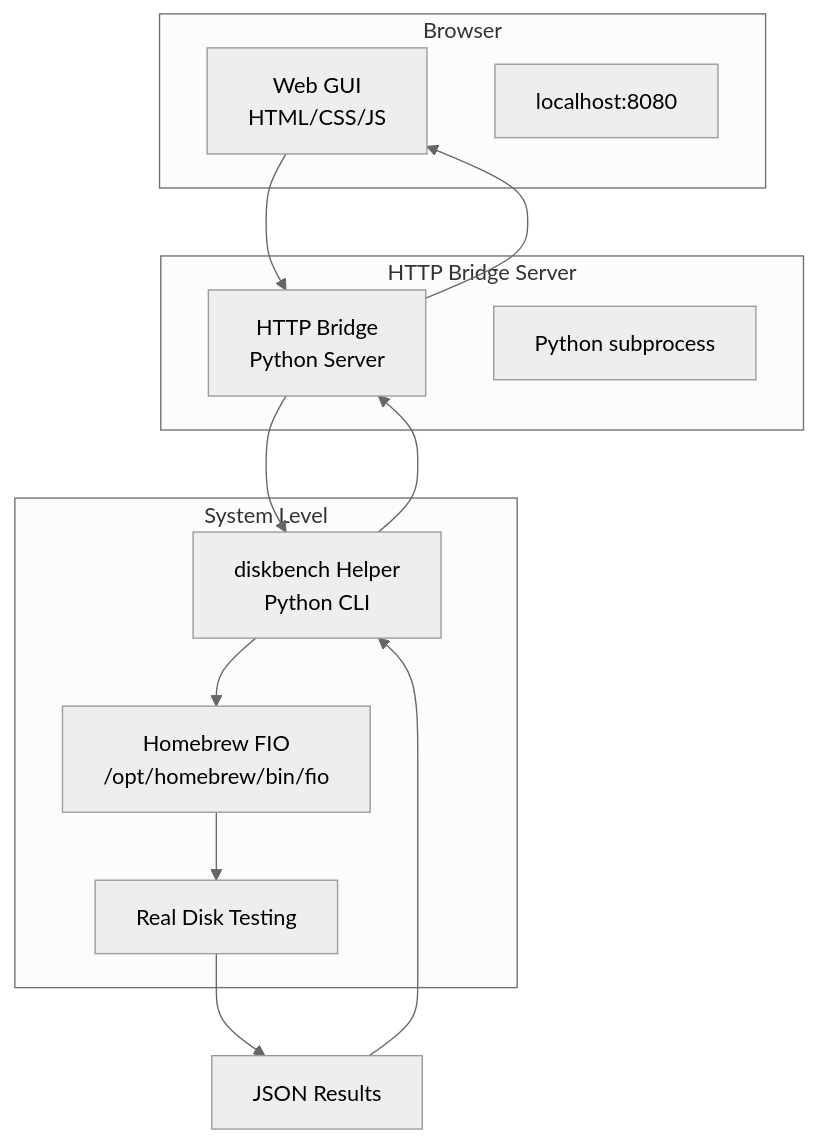
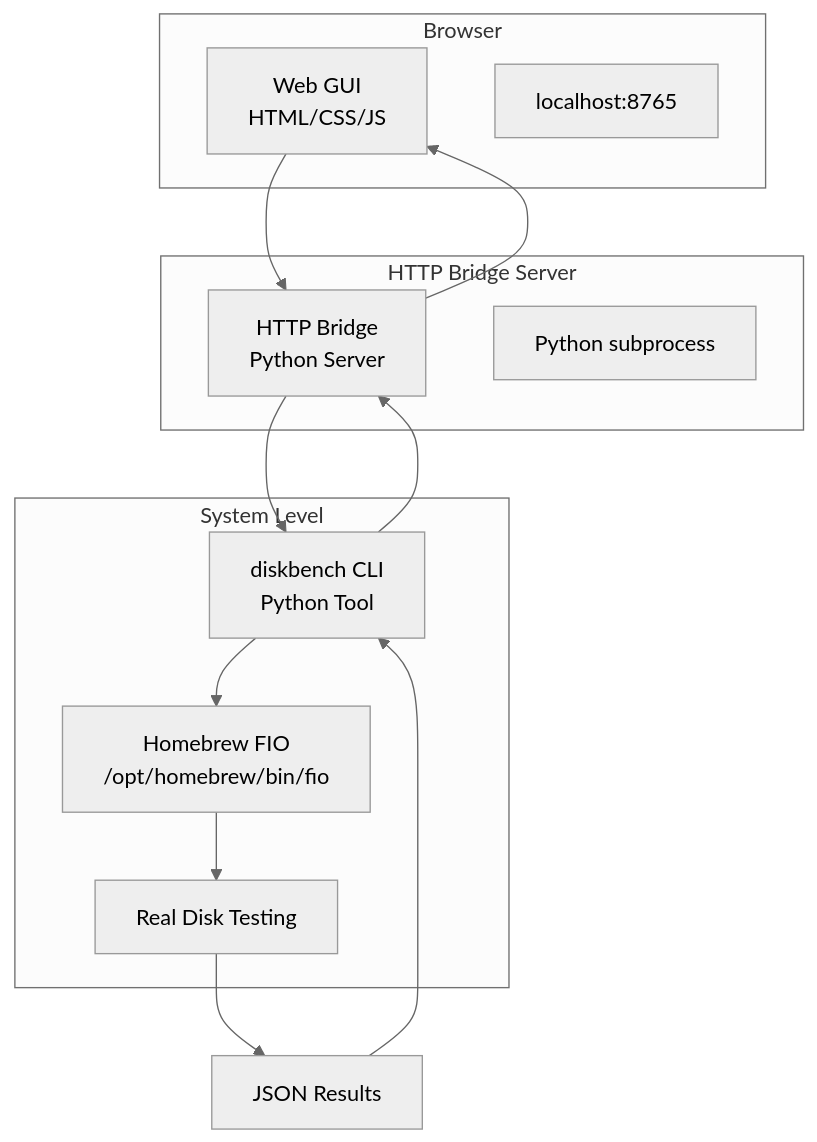
The diagram in memory-bank/techContext.md (christophvarga/2025__tool-util-local__disk-speed-tests), drawn with Mermaid (neutral theme) before and after one commit. The commit also changed other lines of this file and 441 other files, not shown here.

````diff
--- a/memory-bank/techContext.md
+++ b/memory-bank/techContext.md
@@ -7,27 +7,27 @@
 ```mermaid
 graph TB
     A[Web GUI<br/>HTML/CSS/JS] --> B[HTTP Bridge<br/>Python Server]
-    B --> C[diskbench Helper<br/>Python CLI]
+    B --> C[diskbench CLI<br/>Python Tool]
     C --> D[Homebrew FIO<br/>/opt/homebrew/bin/fio]
     D --> F[Real Disk Testing]
     F --> G[JSON Results]
     G --> C
     C --> B
     B --> A
     
     subgraph "Browser"
         A
-        H[localhost:8080]
+        H[localhost:8765]
     end
     
     subgraph "HTTP Bridge Server"
         B
         I[Python subprocess]
     end
     
     subgraph "System Level"
         C
         D
         F
     end
 ```
````
